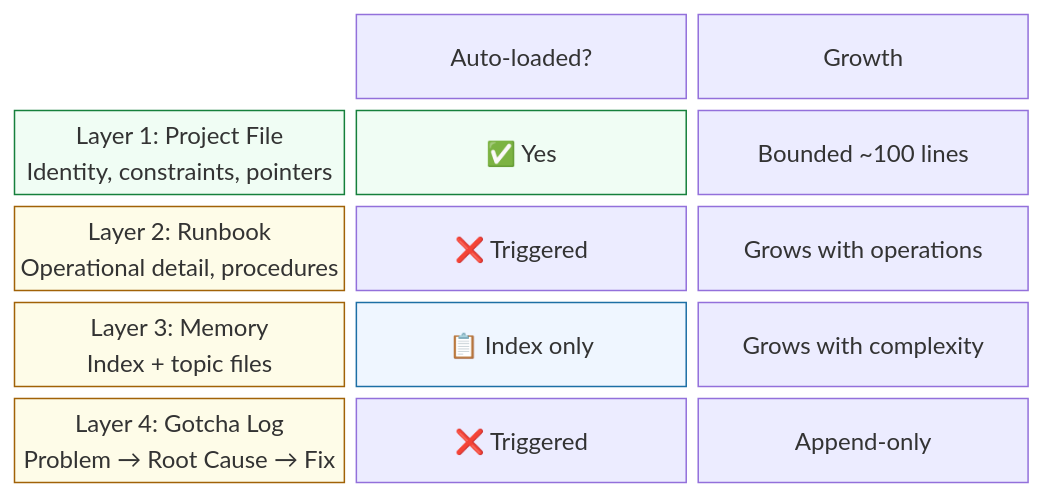
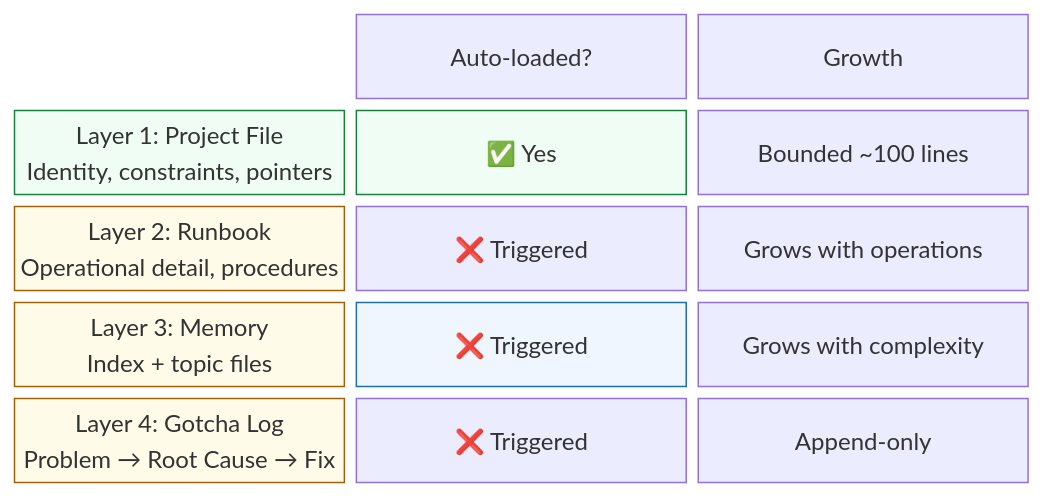
Before and after one commit to ducroq/agent-ready-projects: the first of 4 diagrams in docs/guide/02-the-layers.md, drawn with Mermaid. The commit also changed other lines of this file and 14 other files, not shown here.

````diff
--- a/docs/guide/02-the-layers.md
+++ b/docs/guide/02-the-layers.md
@@ -5,18 +5,18 @@
 ```mermaid
 block-beta
     columns 3
 
     space label1["Auto-loaded?"] label2["Growth"]
 
     L1["Layer 1: Project File<br/>Identity, constraints, pointers"]:1 auto1["✅ Yes"]:1 g1["Bounded ~100 lines"]:1
     L2["Layer 2: Runbook<br/>Operational detail, procedures"]:1 auto2["❌ Triggered"]:1 g2["Grows with operations"]:1
-    L3["Layer 3: Memory<br/>Index + topic files"]:1 auto3["📋 Index only"]:1 g3["Grows with complexity"]:1
+    L3["Layer 3: Memory<br/>Index + topic files"]:1 auto3["❌ Triggered"]:1 g3["Grows with complexity"]:1
     L4["Layer 4: Gotcha Log<br/>Problem → Root Cause → Fix"]:1 auto4["❌ Triggered"]:1 g4["Append-only"]:1
 
     style L1 fill:#f0fdf4,stroke:#16803c
     style L2 fill:#fefce8,stroke:#a16207
     style L3 fill:#fefce8,stroke:#a16207
     style L4 fill:#fefce8,stroke:#a16207
     style auto1 fill:#f0fdf4,stroke:#16803c
     style auto3 fill:#eff6ff,stroke:#1d6fa5
 ```
````
